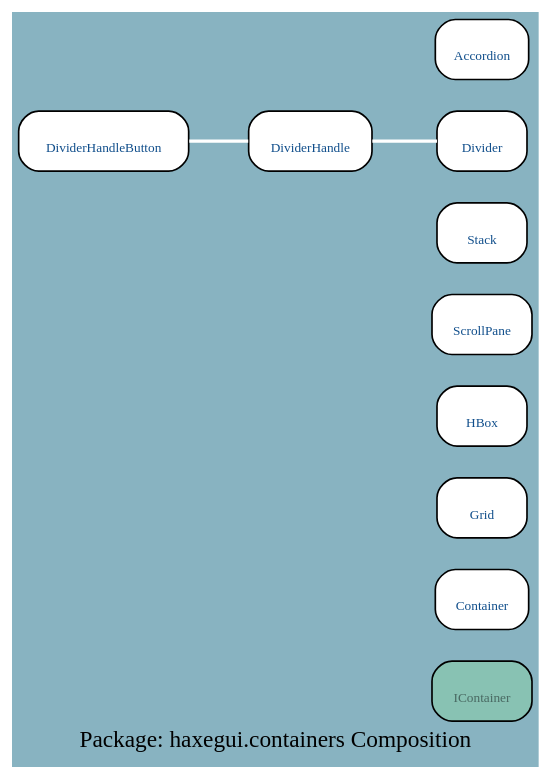
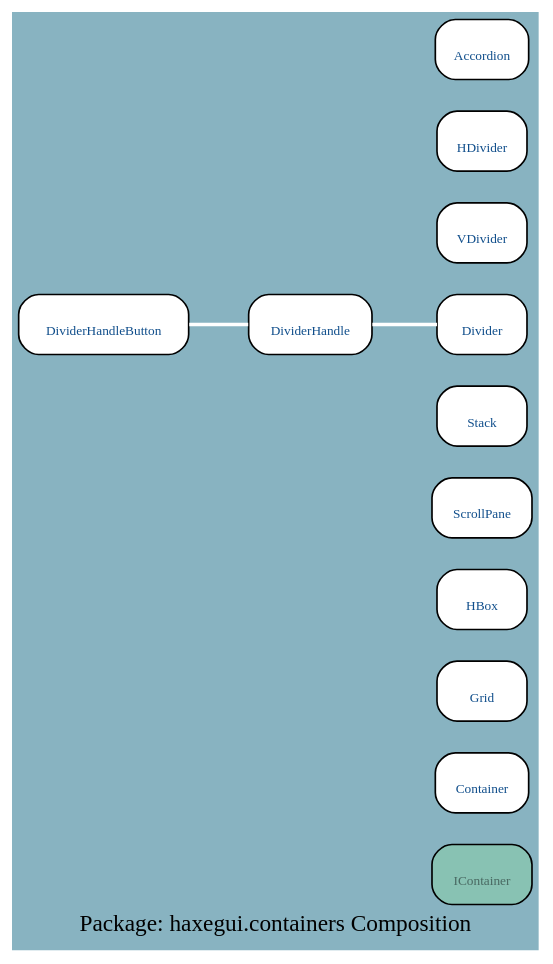
One commit to google-code-export/haxegui changed the diagram in docs/uml/haxegui.containers_C.dot. Above: the diagram before and after it, drawn with Graphviz. The commit also changed 160 other files, not shown here.

```diff
--- a/docs/uml/haxegui.containers_C.dot
+++ b/docs/uml/haxegui.containers_C.dot
@@ -1,19 +1,21 @@
 digraph uml {
 	graph [label="Package: haxegui.containers Composition", ratio=compress, rankdir=RL, smoothing=avg_dist, overlap=false, fontname="DejaVu Sans Condenesed", fontsize=14, bgcolor="#88B3C1", fontcolor=black];
 	node [label="\N", fontname="DejaVu Sans Condenesed", fontsize=8, shape=record, color=black, fontcolor=black];
 	edge [fontname="DejaVu Sans Condenesed", fontsize=8, color=black, fontcolor=black];
 	graph [lp="156,12",
-		bb="0,0,312,439"];
+		bb="0,0,312,547"];
 	"haxegui.containers.IContainer" [label="{\nIContainer}", fontcolor="#496962", style="rounded,filled", fillcolor="#88c2b3", URL="../types/haxegui/containers/IContainer.html", tooltip="\nIContainer", pos="281,43", rects="251,25,311,61", width="0.83", height="0.50"];
 	"haxegui.containers.Container" [label="{\nContainer}", fontcolor="#104E8B", style="rounded,filled", fillcolor=white, URL="../types/haxegui/containers/Container.html", tooltip="\nContainer", pos="281,97", rects="253,79,310,115", width="0.78", height="0.50"];
 	"haxegui.containers.Grid" [label="{\nGrid}", fontcolor="#104E8B", style="rounded,filled", fillcolor=white, URL="../types/haxegui/containers/Grid.html", tooltip="\nGrid", pos="281,151", rects="254,133,308,169", width="0.75", height="0.50"];
 	"haxegui.containers.HBox" [label="{\nHBox}", fontcolor="#104E8B", style="rounded,filled", fillcolor=white, URL="../types/haxegui/containers/HBox.html", tooltip="\nHBox", pos="281,205", rects="254,187,308,223", width="0.75", height="0.50"];
 	"haxegui.containers.ScrollPane" [label="{\nScrollPane}", fontcolor="#104E8B", style="rounded,filled", fillcolor=white, URL="../types/haxegui/containers/ScrollPane.html", tooltip="\nScrollPane", pos="281,259", rects="251,241,312,277", width="0.83", height="0.50"];
 	"haxegui.containers.Stack" [label="{\nStack}", fontcolor="#104E8B", style="rounded,filled", fillcolor=white, URL="../types/haxegui/containers/Stack.html", tooltip="\nStack", pos="281,313", rects="254,295,308,331", width="0.75", height="0.50"];
 	"haxegui.containers.DividerHandle" [label="{\nDividerHandle}", fontcolor="#104E8B", style="rounded,filled", fillcolor=white, URL="../types/haxegui/containers/DividerHandle.html", tooltip="\nDividerHandle", pos="176,367", rects="139,349,214,385", width="1.03", height="0.50"];
 	"haxegui.containers.DividerHandleButton" [label="{\nDividerHandleButton}", fontcolor="#104E8B", style="rounded,filled", fillcolor=white, URL="../types/haxegui/containers/DividerHandleButton.html", tooltip="\nDividerHandleButton", pos="51,367", rects="0,349,102,385", width="1.42", height="0.50"];
 	"haxegui.containers.Divider" [label="{\nDivider}", fontcolor="#104E8B", style="rounded,filled", fillcolor=white, URL="../types/haxegui/containers/Divider.html", tooltip="\nDivider", pos="281,367", rects="254,349,308,385", width="0.75", height="0.50"];
-	"haxegui.containers.Accordion" [label="{\nAccordion}", fontcolor="#104E8B", style="rounded,filled", fillcolor=white, URL="../types/haxegui/containers/Accordion.html", tooltip="\nAccordion", pos="281,421", rects="253,403,310,439", width="0.78", height="0.50"];
+	"haxegui.containers.VDivider" [label="{\nVDivider}", fontcolor="#104E8B", style="rounded,filled", fillcolor=white, URL="../types/haxegui/containers/VDivider.html", tooltip="\nVDivider", pos="281,421", rects="254,403,308,439", width="0.75", height="0.50"];
+	"haxegui.containers.HDivider" [label="{\nHDivider}", fontcolor="#104E8B", style="rounded,filled", fillcolor=white, URL="../types/haxegui/containers/HDivider.html", tooltip="\nHDivider", pos="281,475", rects="254,457,308,493", width="0.75", height="0.50"];
+	"haxegui.containers.Accordion" [label="{\nAccordion}", fontcolor="#104E8B", style="rounded,filled", fillcolor=white, URL="../types/haxegui/containers/Accordion.html", tooltip="\nAccordion", pos="281,529", rects="253,511,310,547", width="0.78", height="0.50"];
 	"haxegui.containers.DividerHandle" -> "haxegui.containers.DividerHandleButton" [color=white, style=bold, arrowhead=none, arrowtail=diamond, arrowsize=1, pos="s,139,367 127,367 119,367 111,367 102,367"];
 	"haxegui.containers.Divider" -> "haxegui.containers.DividerHandle" [color=white, style=bold, arrowhead=none, arrowtail=diamond, arrowsize=1, pos="s,254,367 242,367 233,367 223,367 214,367"];
 }
```
